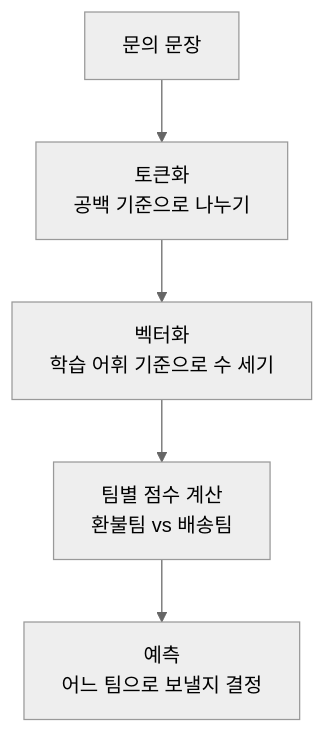
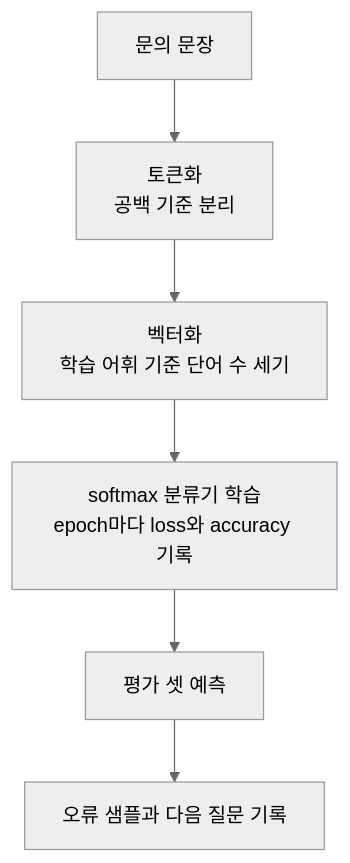
Before and after one commit to devchan64/AiBook: the diagram in docs/parts/part-07/chapter-04/section-01.md, drawn with Mermaid (neutral theme). The commit also changed other lines of this file and 18 other files, not shown here.

````diff
--- a/docs/parts/part-07/chapter-04/section-01.md
+++ b/docs/parts/part-07/chapter-04/section-01.md
@@ -54,10 +50,11 @@
 ```mermaid
 flowchart TD
   A["문의 문장"]
-  B["토큰화<br/>공백 기준으로 나누기"]
-  C["벡터화<br/>학습 어휘 기준으로 수 세기"]
-  D["팀별 점수 계산<br/>환불팀 vs 배송팀"]
-  E["예측<br/>어느 팀으로 보낼지 결정"]
+  B["토큰화<br/>공백 기준 분리"]
+  C["벡터화<br/>학습 어휘 기준 단어 수 세기"]
+  D["softmax 분류기 학습<br/>epoch마다 loss와 accuracy 기록"]
+  E["평가 셋 예측"]
+  F["오류 샘플과 다음 질문 기록"]
 
-  A --> B --> C --> D --> E
+  A --> B --> C --> D --> E --> F
 ```
````
